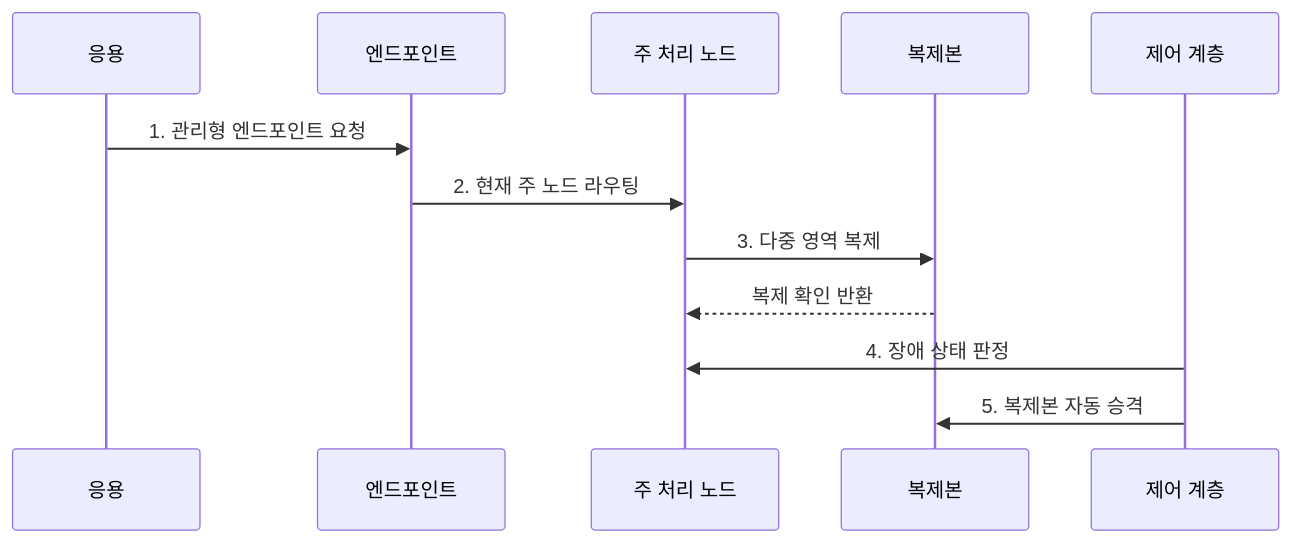
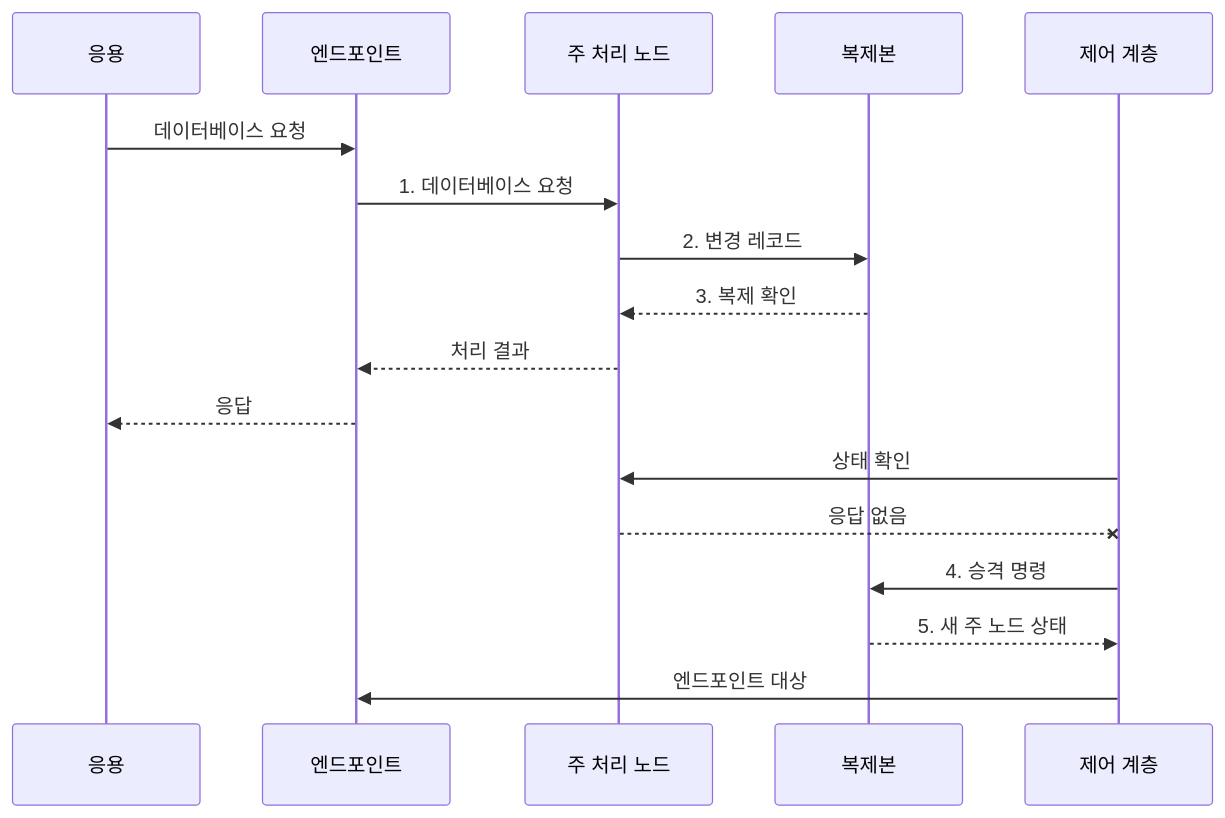
Before and after one commit to agnusdei1207/knowledge-base: the second of 2 diagrams in src/content/docs/notes/03-software/113_cloud_database.md, drawn with Mermaid. The commit also changed other lines of this file and 20 other files, not shown here.

````diff
--- a/src/content/docs/notes/03-software/113_cloud_database.md
+++ b/src/content/docs/notes/03-software/113_cloud_database.md
@@ -80,14 +92,19 @@
 ```mermaid
 sequenceDiagram
     participant A as 응용
     participant E as 엔드포인트
     participant P as 주 처리 노드
     participant R as 복제본
     participant C as 제어 계층
-    A->>E: 1. 관리형 엔드포인트 요청
-    E->>P: 2. 현재 주 노드 라우팅
-    P->>R: 3. 다중 영역 복제
-    R-->>P: 복제 확인 반환
-    C->>P: 4. 장애 상태 판정
-    C->>R: 5. 복제본 자동 승격
+    A->>E: 데이터베이스 요청
+    E->>P: 1. 데이터베이스 요청
+    P->>R: 2. 변경 레코드
+    R-->>P: 3. 복제 확인
+    P-->>E: 처리 결과
+    E-->>A: 응답
+    C->>P: 상태 확인
+    P--xC: 응답 없음
+    C->>R: 4. 승격 명령
+    R-->>C: 5. 새 주 노드 상태
+    C->>E: 엔드포인트 대상
 ```
````
